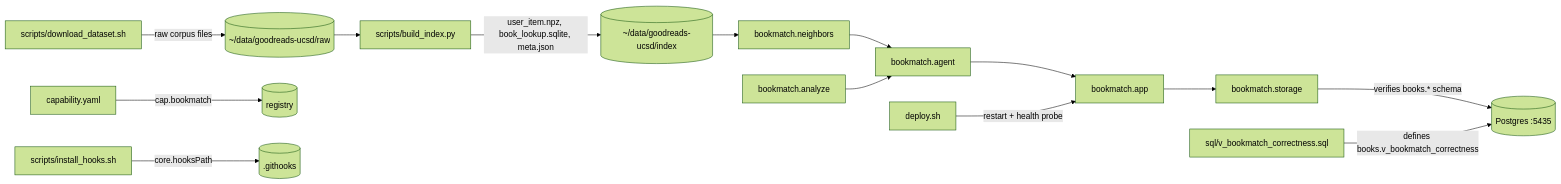
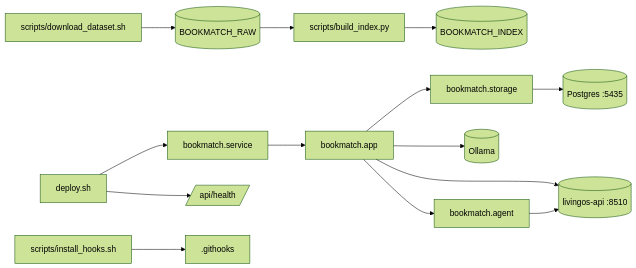
One commit to cptntrps/bookmatch changed the diagram in docs/2_SYSTEM_ARCHITECTURE.md. Above: the diagram before and after it, drawn with Mermaid (forest theme). The commit also changed other lines of this file and 5 other files, not shown here.

````diff
--- a/docs/2_SYSTEM_ARCHITECTURE.md
+++ b/docs/2_SYSTEM_ARCHITECTURE.md
@@ -72,16 +66,16 @@
 ```mermaid
 graph LR
-    download[scripts/download_dataset.sh] -->|raw corpus files| raw[(~/data/goodreads-ucsd/raw)]
+    download[scripts/download_dataset.sh] --> raw[(BOOKMATCH_RAW)]
     raw --> build[scripts/build_index.py]
-    build -->|user_item.npz, book_lookup.sqlite, meta.json| index[(~/data/goodreads-ucsd/index)]
-    index --> neighbors[bookmatch.neighbors]
-    neighbors --> agent[bookmatch.agent]
-    analyze[bookmatch.analyze] --> agent
-    agent --> app[bookmatch.app]
-    storage[bookmatch.storage] -->|verifies books.* schema| pg[(Postgres :5435)]
-    app --> storage
-    correctness[sql/v_bookmatch_correctness.sql] -->|defines books.v_bookmatch_correctness| pg
-    capability[capability.yaml] -->|cap.bookmatch| registry[(registry)]
-    deploy[deploy.sh] -->|restart + health probe| app
-    hooks[scripts/install_hooks.sh] -->|core.hooksPath| githooks[(.githooks)]
+    build --> index[(BOOKMATCH_INDEX)]
+    storage[bookmatch.storage] --> pg[(Postgres :5435)]
+    app[bookmatch.app] --> storage
+    app --> api[(livingos-api :8510)]
+    app --> ollama[(Ollama)]
+    agent[bookmatch.agent] --> api
+    app --> agent
+    deploy[deploy.sh] --> unit[bookmatch.service]
+    unit --> app
+    deploy --> health[/api/health/]
+    hooks[scripts/install_hooks.sh] --> githooks[.githooks]
 ```
````
